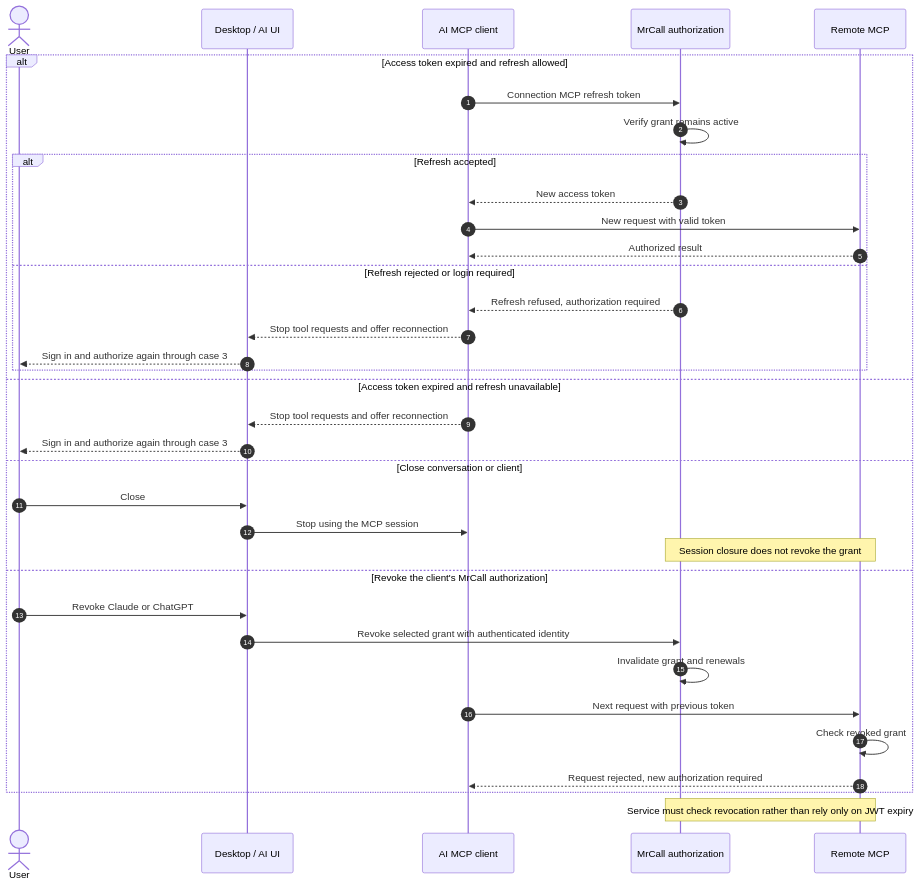
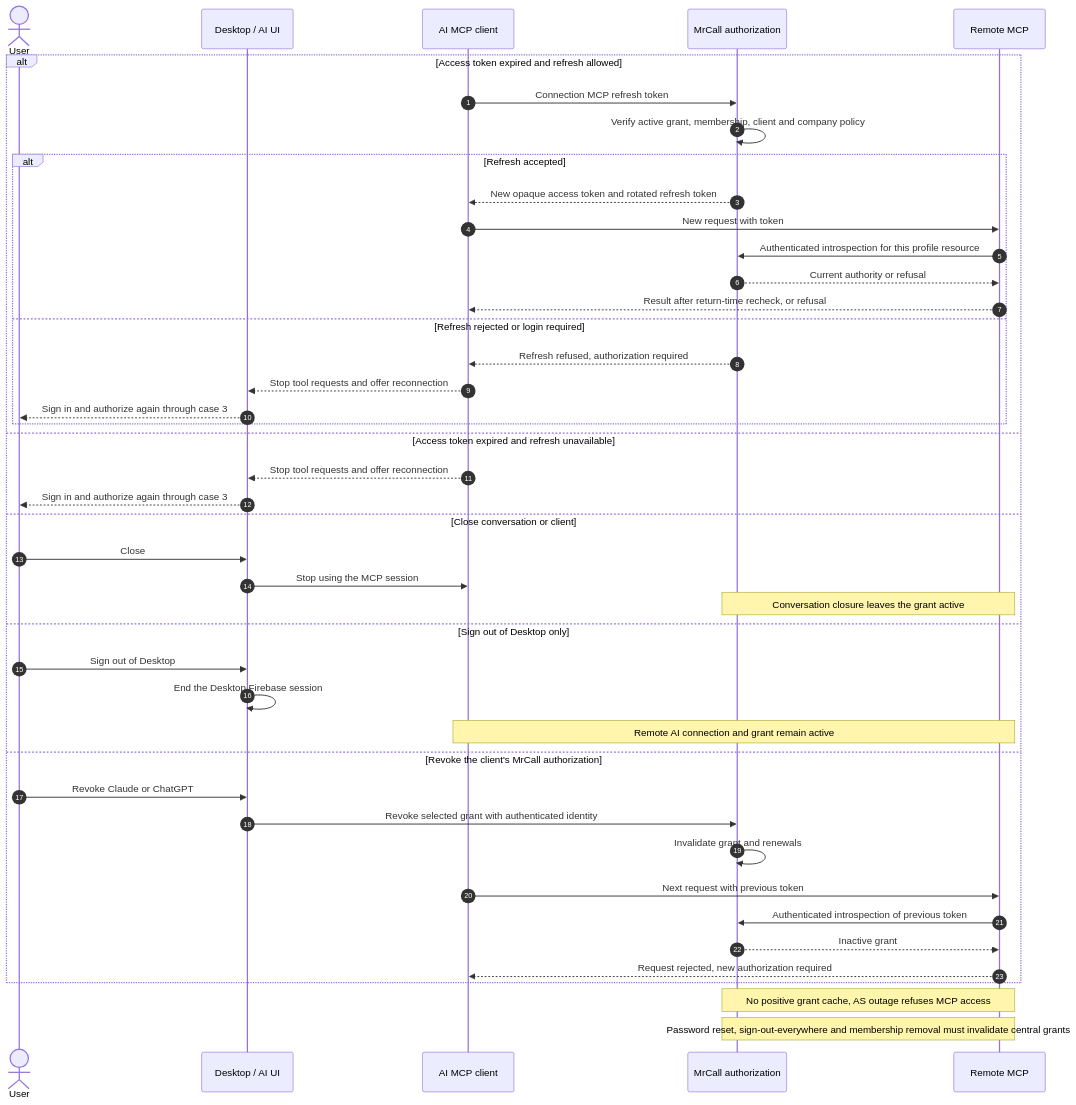
One commit to hahnbanach/mrcall-desktop changed the second of 2 diagrams in docs/operator-data-flows/files-and-lifecycle.md. Above: the diagram before and after it, drawn with Mermaid. The commit also changed other lines of this file and 8 other files, not shown here.

Commit message:
docs: define remote operator MCP trust and control boundaries

````diff
--- a/docs/operator-data-flows/files-and-lifecycle.md
+++ b/docs/operator-data-flows/files-and-lifecycle.md
@@ -66,37 +66,45 @@
 ```mermaid
 sequenceDiagram
 autonumber
 actor U as User
 participant UI as Desktop / AI UI
 participant C as AI MCP client
 participant A as MrCall authorization
 participant M as Remote MCP
 alt Access token expired and refresh allowed
 C->>A: Connection MCP refresh token
-A->>A: Verify grant remains active
+A->>A: Verify active grant, membership, client and company policy
 alt Refresh accepted
-A-->>C: New access token
-C->>M: New request with valid token
-M-->>C: Authorized result
+A-->>C: New opaque access token and rotated refresh token
+C->>M: New request with token
+M->>A: Authenticated introspection for this profile resource
+A-->>M: Current authority or refusal
+M-->>C: Result after return-time recheck, or refusal
 else Refresh rejected or login required
 A-->>C: Refresh refused, authorization required
 C-->>UI: Stop tool requests and offer reconnection
 UI-->>U: Sign in and authorize again through case 3
 end
 else Access token expired and refresh unavailable
 C-->>UI: Stop tool requests and offer reconnection
 UI-->>U: Sign in and authorize again through case 3
 else Close conversation or client
 U->>UI: Close
 UI->>C: Stop using the MCP session
-Note over A,M: Session closure does not revoke the grant
+Note over A,M: Conversation closure leaves the grant active
+else Sign out of Desktop only
+U->>UI: Sign out of Desktop
+UI->>UI: End the Desktop Firebase session
+Note over C,M: Remote AI connection and grant remain active
 else Revoke the client's MrCall authorization
 U->>UI: Revoke Claude or ChatGPT
 UI->>A: Revoke selected grant with authenticated identity
 A->>A: Invalidate grant and renewals
 C->>M: Next request with previous token
-M->>M: Check revoked grant
+M->>A: Authenticated introspection of previous token
+A-->>M: Inactive grant
 M-->>C: Request rejected, new authorization required
 end
-Note over A,M: Service must check revocation rather than rely only on JWT expiry
+Note over A,M: No positive grant cache, AS outage refuses MCP access
+Note over A,M: Password reset, sign-out-everywhere and membership removal must invalidate central grants
 ```
````
